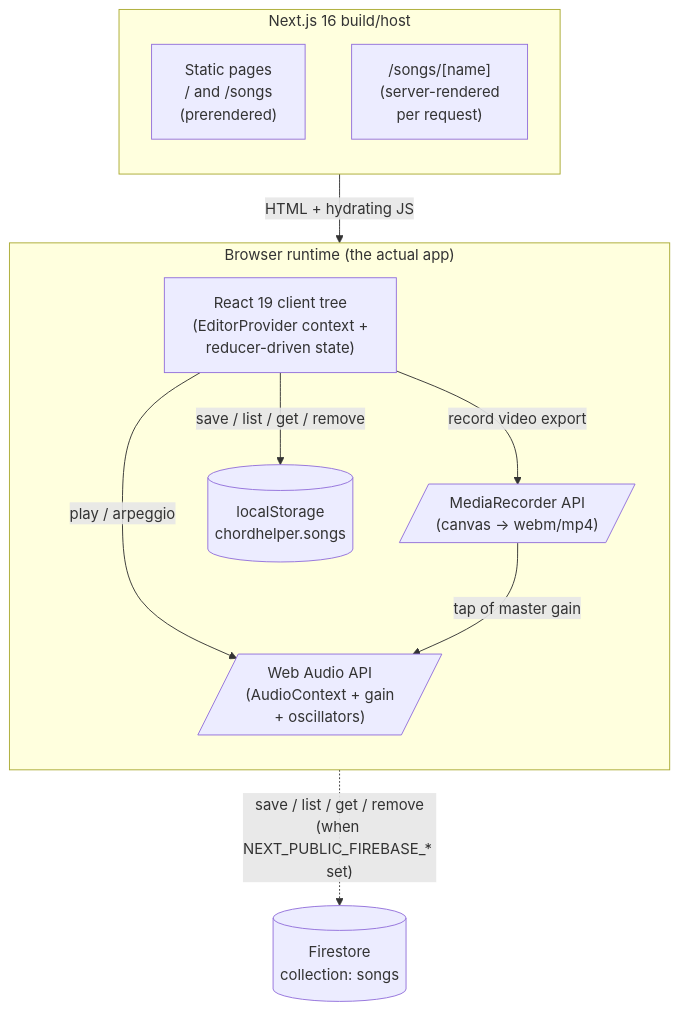
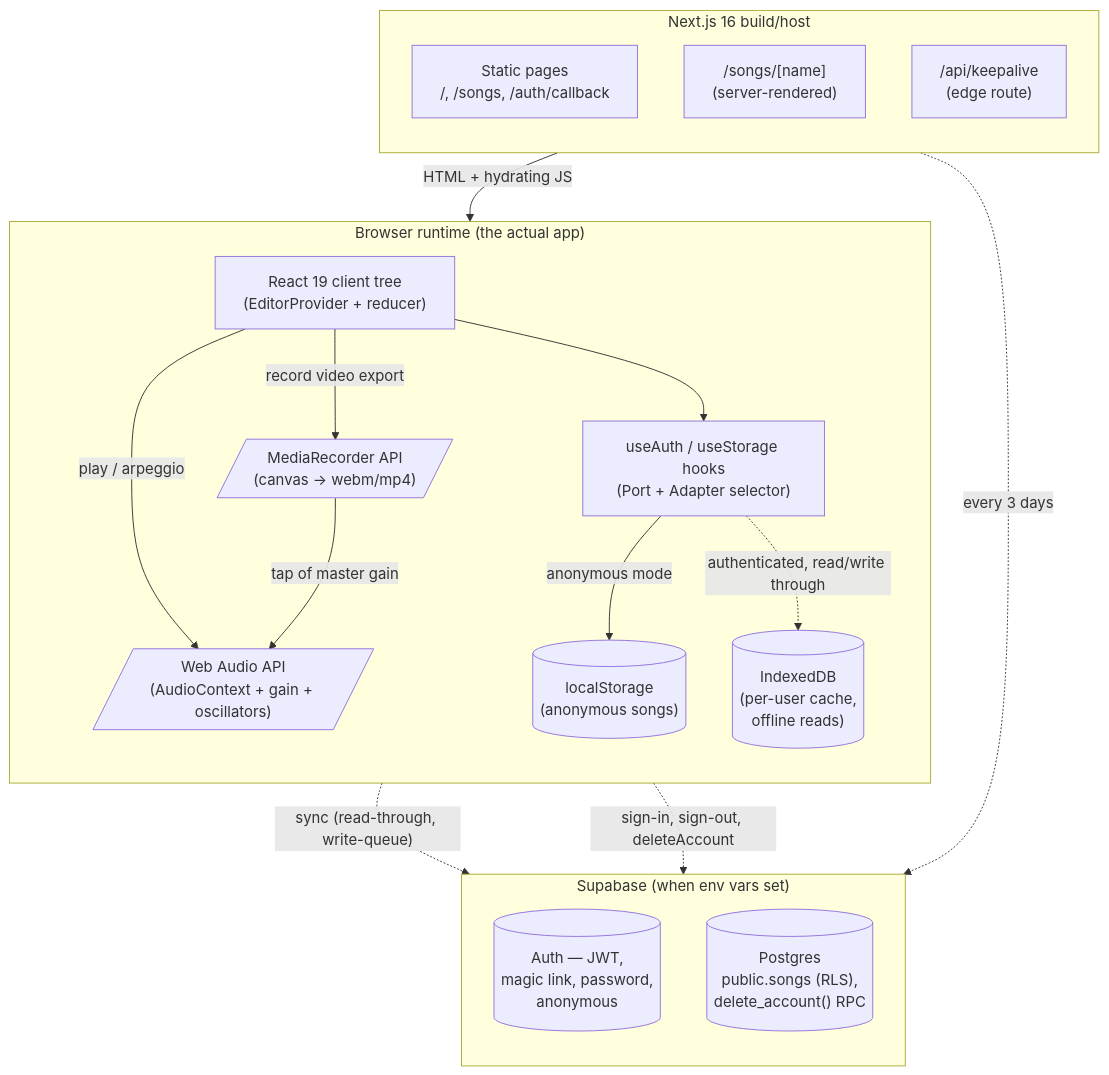
The second of 4 diagrams in docs/SYSTEM.md (mazhermon/hitme-chord-suggester-v2), drawn with Mermaid before and after one commit. The commit also changed other lines of this file and 5 other files, not shown here.

````diff
--- a/docs/SYSTEM.md
+++ b/docs/SYSTEM.md
@@ -62,25 +73,36 @@
 ```mermaid
 flowchart TB
   subgraph nextjs["Next.js 16 build/host"]
     direction TB
-    static["Static pages<br/>/ and /songs<br/>(prerendered)"]
-    ssr["/songs/[name]<br/>(server-rendered<br/>per request)"]
+    static["Static pages<br/>/, /songs, /auth/callback"]
+    ssr["/songs/[name]<br/>(server-rendered)"]
+    cron["/api/keepalive<br/>(edge route)"]
   end
 
   subgraph browser["Browser runtime (the actual app)"]
     direction TB
-    react["React 19 client tree<br/>(EditorProvider context +<br/>reducer-driven state)"]
-    webaudio[/"Web Audio API<br/>(AudioContext + gain<br/>+ oscillators)"/]
+    react["React 19 client tree<br/>(EditorProvider + reducer)"]
+    auth["useAuth / useStorage hooks<br/>(Port + Adapter selector)"]
+    webaudio[/"Web Audio API<br/>(AudioContext + gain + oscillators)"/]
     recorder[/"MediaRecorder API<br/>(canvas → webm/mp4)"/]
-    localstore[(localStorage<br/>chordhelper.songs)]
+    localstore[("localStorage<br/>(anonymous songs)")]
+    idb[("IndexedDB<br/>(per-user cache,<br/>offline reads)")]
   end
 
-  firestore[(Firestore<br/>collection: songs)]
+  subgraph cloud["Supabase (when env vars set)"]
+    direction TB
+    sb_auth[("Auth — JWT,<br/>magic link, password,<br/>anonymous")]
+    sb_db[("Postgres<br/>public.songs (RLS),<br/>delete_account() RPC")]
+  end
 
   nextjs -- "HTML + hydrating JS" --> react
+  react --> auth
   react -- "play / arpeggio" --> webaudio
   react -- "record video export" --> recorder
   recorder -- "tap of master gain" --> webaudio
-  react -- "save / list / get / remove" --> localstore
-  react -. "save / list / get / remove<br/>(when NEXT_PUBLIC_FIREBASE_* set)" .-> firestore
+  auth -- "anonymous mode" --> localstore
+  auth -. "authenticated, read/write through" .-> idb
+  idb -. "sync (read-through, write-queue)" .-> sb_db
+  auth -. "sign-in, sign-out, deleteAccount" .-> sb_auth
+  cron -. "every 3 days" .-> sb_db
 ```
````
